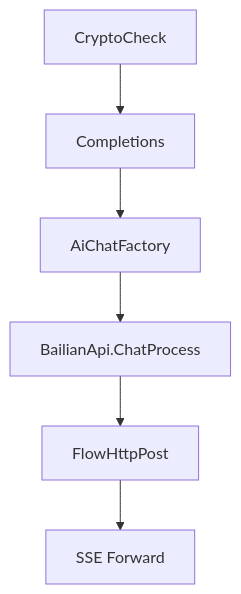
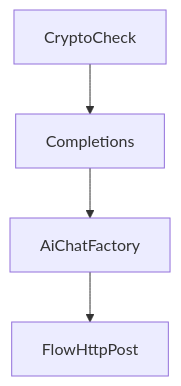
The first of 3 diagrams in codemap/SKILL.md (Edward-Jackie/funk_skills), drawn with Mermaid before and after one commit. The commit also changed other lines of this file and 1 other file, not shown here.

````diff
--- a/codemap/SKILL.md
+++ b/codemap/SKILL.md
@@ -86,8 +137,6 @@
 ```mermaid
 flowchart TD
     A[CryptoCheck] --> B[Completions]
     B --> C[AiChatFactory]
-    C --> D[BailianApi.ChatProcess]
-    D --> E[FlowHttpPost]
-    E --> F[SSE Forward]
+    C --> D[FlowHttpPost]
 ```
````
